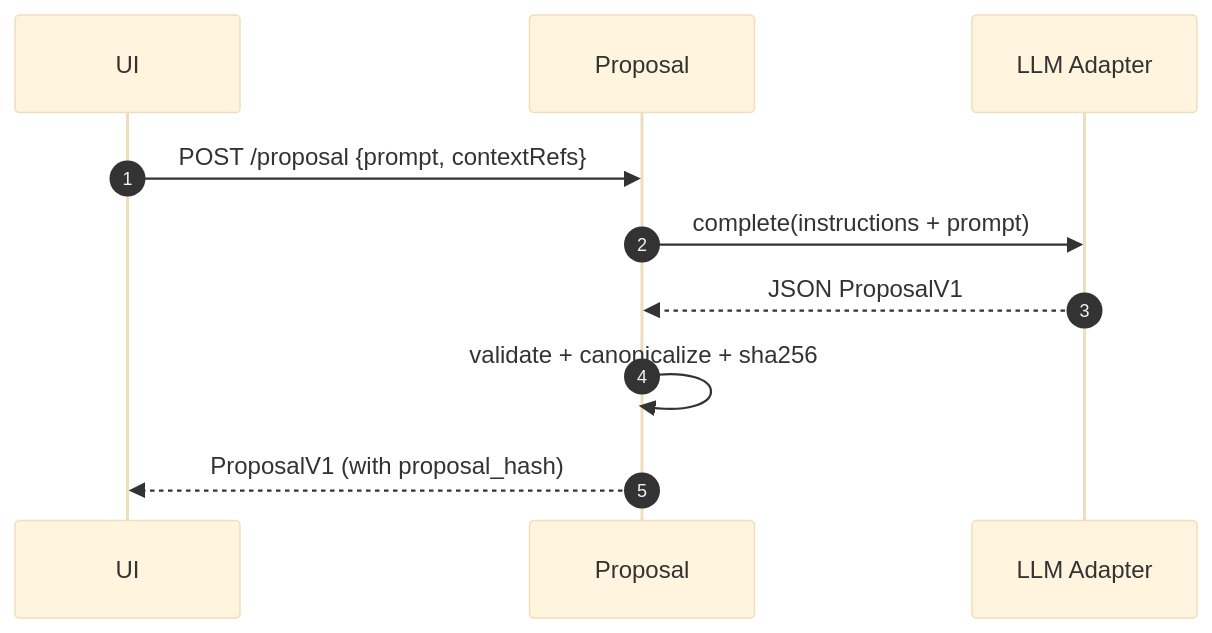
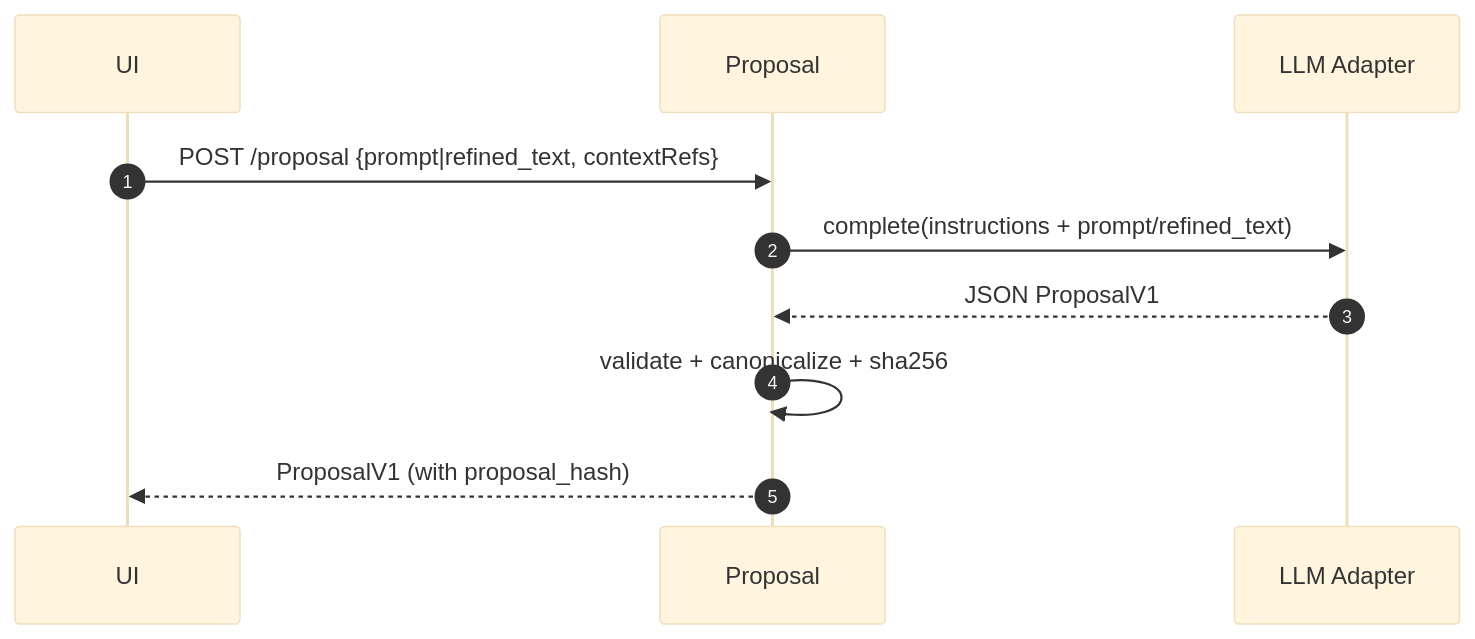
Before and after one commit to FilipeGCoelho/knowledge-vault: the diagram in design/components/proposal.md, drawn with Mermaid (base theme). The commit also changed other lines of this file and 9 other files, not shown here.

````diff
--- a/design/components/proposal.md
+++ b/design/components/proposal.md
@@ -87,12 +87,12 @@
 ```mermaid
 sequenceDiagram
   autonumber
   participant UI as UI
   participant API as Proposal
   participant LLM as LLM Adapter
-  UI->>API: POST /proposal {prompt, contextRefs}
-  API->>LLM: complete(instructions + prompt)
+  UI->>API: POST /proposal {prompt|refined_text, contextRefs}
+  API->>LLM: complete(instructions + prompt/refined_text)
   LLM-->>API: JSON ProposalV1
   API->>API: validate + canonicalize + sha256
   API-->>UI: ProposalV1 (with proposal_hash)
 ```
````
